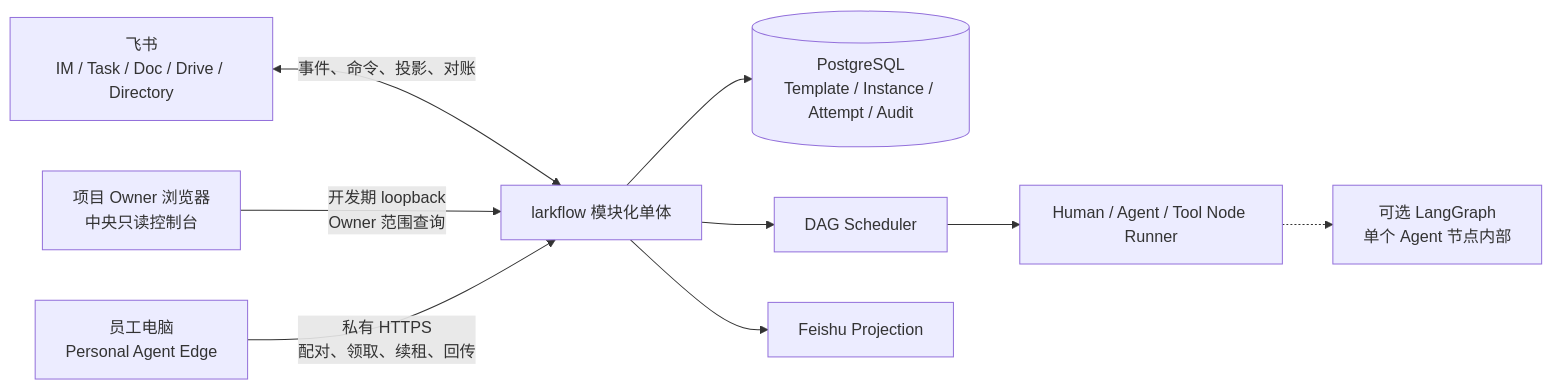
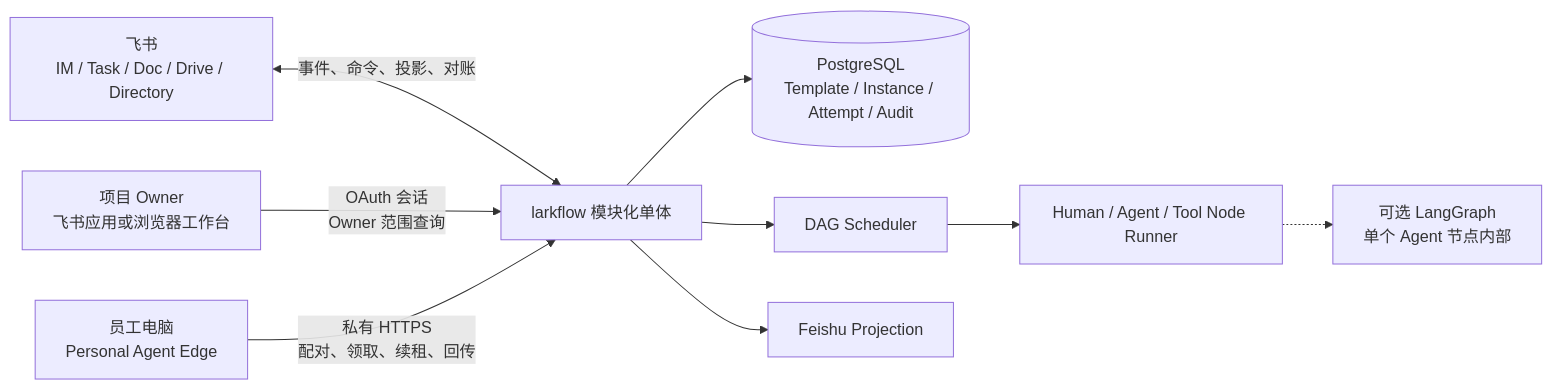
One commit to iyuenan3/larkflow changed the diagram in AIREADME/ARCHITECTURE.md. Above: the diagram before and after it, drawn with Mermaid. The commit also changed other lines of this file and 7 other files, not shown here.

````diff
--- a/AIREADME/ARCHITECTURE.md
+++ b/AIREADME/ARCHITECTURE.md
@@ -17,11 +17,11 @@
 ```mermaid
 flowchart LR
     F["飞书<br/>IM / Task / Doc / Drive / Directory"] <-->|"事件、命令、投影、对账"| C["larkflow 模块化单体"]
-    W["项目 Owner 浏览器<br/>中央只读控制台"] -->|"开发期 loopback<br/>Owner 范围查询"| C
+    W["项目 Owner<br/>飞书应用或浏览器工作台"] -->|"OAuth 会话<br/>Owner 范围查询"| C
     E["员工电脑<br/>Personal Agent Edge"] -->|"私有 HTTPS<br/>配对、领取、续租、回传"| C
     C --> D[("PostgreSQL<br/>Template / Instance / Attempt / Audit")]
     C --> S["DAG Scheduler"]
     C --> P["Feishu Projection"]
     S --> R["Human / Agent / Tool Node Runner"]
     R -.-> L["可选 LangGraph<br/>单个 Agent 节点内部"]
 ```
````
